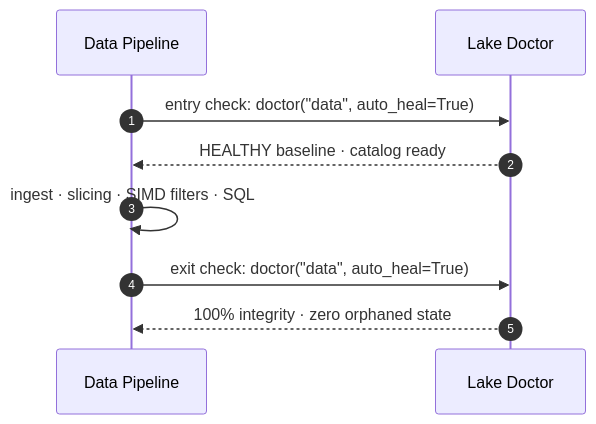
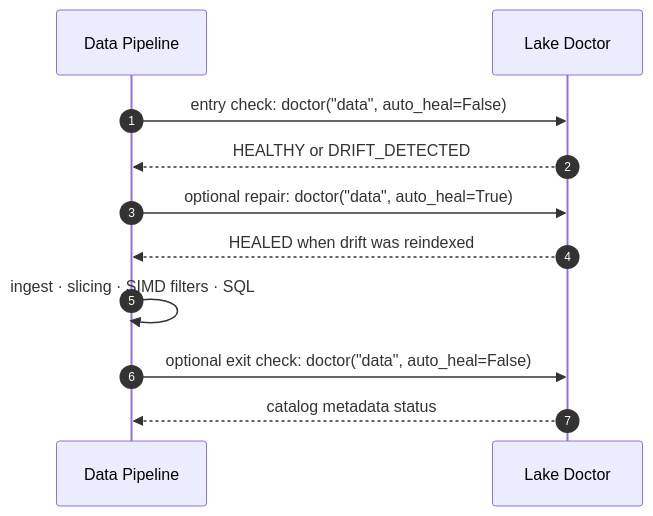
One commit to VanDung-dev/basaltic-red changed the diagram in docs/en/workflows/lake-doctor.md. Above: the diagram before and after it, drawn with Mermaid. The commit also changed other lines of this file and 33 other files, not shown here.

First line of the commit message:
docs(architecture): refine descriptions of DataFusion readers and Lake Map options

````diff
--- a/docs/en/workflows/lake-doctor.md
+++ b/docs/en/workflows/lake-doctor.md
@@ -13,12 +13,14 @@
 ```mermaid
 sequenceDiagram
     autonumber
     participant P as Data Pipeline
     participant D as Lake Doctor
 
-    P->>D: entry check: doctor("data", auto_heal=True)
-    D-->>P: HEALTHY baseline · catalog ready
+    P->>D: entry check: doctor("data", auto_heal=False)
+    D-->>P: HEALTHY or DRIFT_DETECTED
+    P->>D: optional repair: doctor("data", auto_heal=True)
+    D-->>P: HEALED when drift was reindexed
     P->>P: ingest · slicing · SIMD filters · SQL
-    P->>D: exit check: doctor("data", auto_heal=True)
-    D-->>P: 100% integrity · zero orphaned state
+    P->>D: optional exit check: doctor("data", auto_heal=False)
+    D-->>P: catalog metadata status
 ```
````
